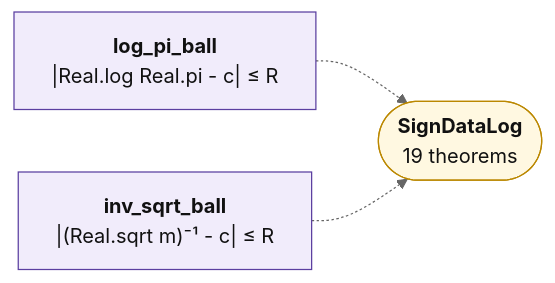
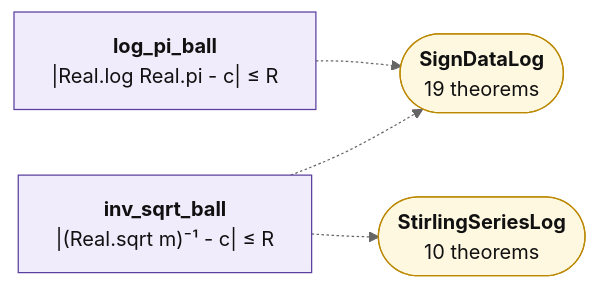
Before and after one commit to juliansambranojr/Primebeat_081426: the second of 2 diagrams in map/lean_stage3/SignDataBall.md, drawn with Mermaid (neutral theme). The commit also changed other lines of this file and 63 other files, not shown here.

````diff
--- a/map/lean_stage3/SignDataBall.md
+++ b/map/lean_stage3/SignDataBall.md
@@ -204,16 +230,18 @@
 ```mermaid
 flowchart LR
   n0["<b>log_pi_ball</b><br/>|Real.log Real.pi - c| ≤ R"]:::shp
   n1["<b>inv_sqrt_ball</b><br/>|(Real.sqrt m)⁻¹ - c| ≤ R"]:::shp
   x0(["<b>SignDataLog</b><br/>19 theorems"]):::ext
+  x1(["<b>StirlingSeriesLog</b><br/>10 theorems"]):::ext
   n0 -.-> x0
   n1 -.-> x0
+  n1 -.-> x1
   classDef cnt fill:#dff5ec,stroke:#17694a,color:#111
   classDef shp fill:#f1ecfb,stroke:#5b3fa0,color:#111
   classDef rh fill:#ffe5e5,stroke:#c22,color:#111,stroke-width:2px
   classDef thm fill:#eef4ff,stroke:#335,color:#111
   classDef end_ fill:#e7f7e7,stroke:#2a7,color:#111,stroke-width:2px
   classDef lone fill:#fff,stroke:#999,color:#111,stroke-dasharray:4 3
   classDef bad fill:#ffe5e5,stroke:#c22,color:#111,stroke-width:2px
   classDef ext fill:#fff8e1,stroke:#b80,color:#111
 ```
````
